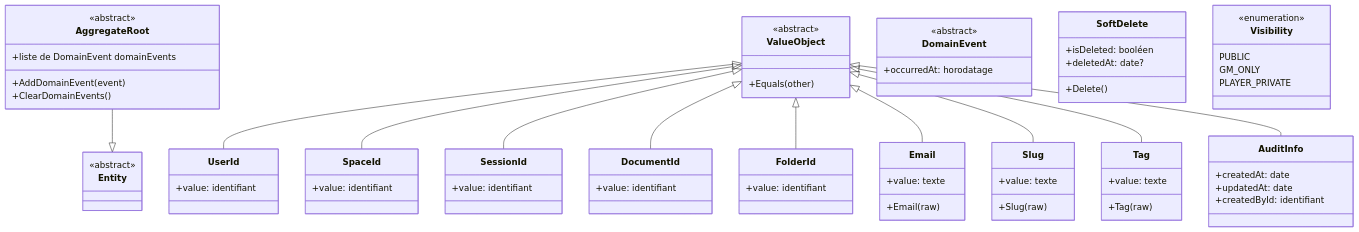
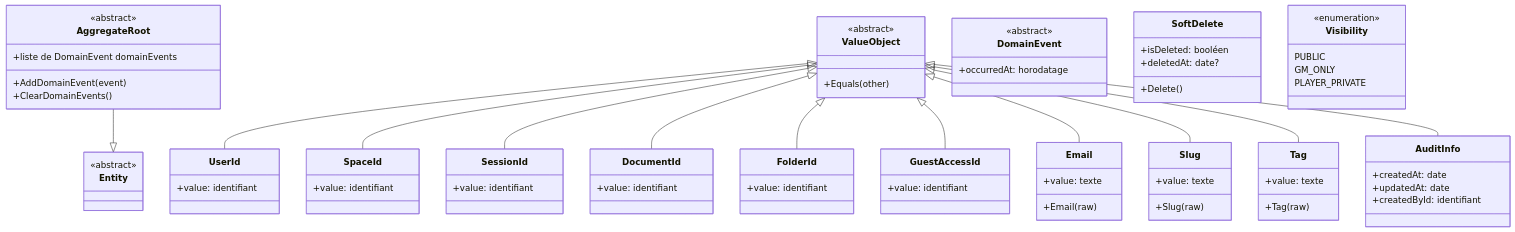
Before and after one commit to 2025-10-CDA-ECO-P6/PM-micro-saas: the diagram in docs/domaine/core/classes.md, drawn with Mermaid. The commit also changed 46 other files, not shown here.

```diff
--- a/docs/domaine/core/classes.md
+++ b/docs/domaine/core/classes.md
@@ -38,6 +38,9 @@
         +value: identifiant
     }
     class FolderId {
+        +value: identifiant
+    }
+    class GuestAccessId {
         +value: identifiant
     }
 
@@ -81,6 +84,7 @@
     ValueObject <|-- SessionId
     ValueObject <|-- DocumentId
     ValueObject <|-- FolderId
+    ValueObject <|-- GuestAccessId
     ValueObject <|-- Email
     ValueObject <|-- Slug
     ValueObject <|-- Tag
```
